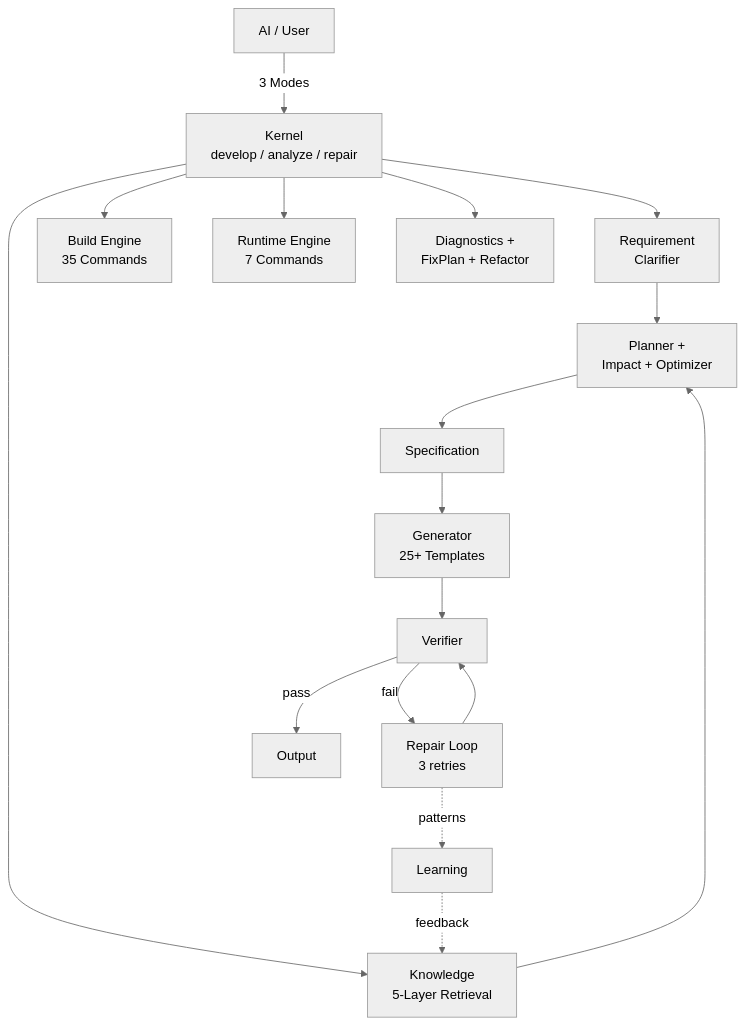
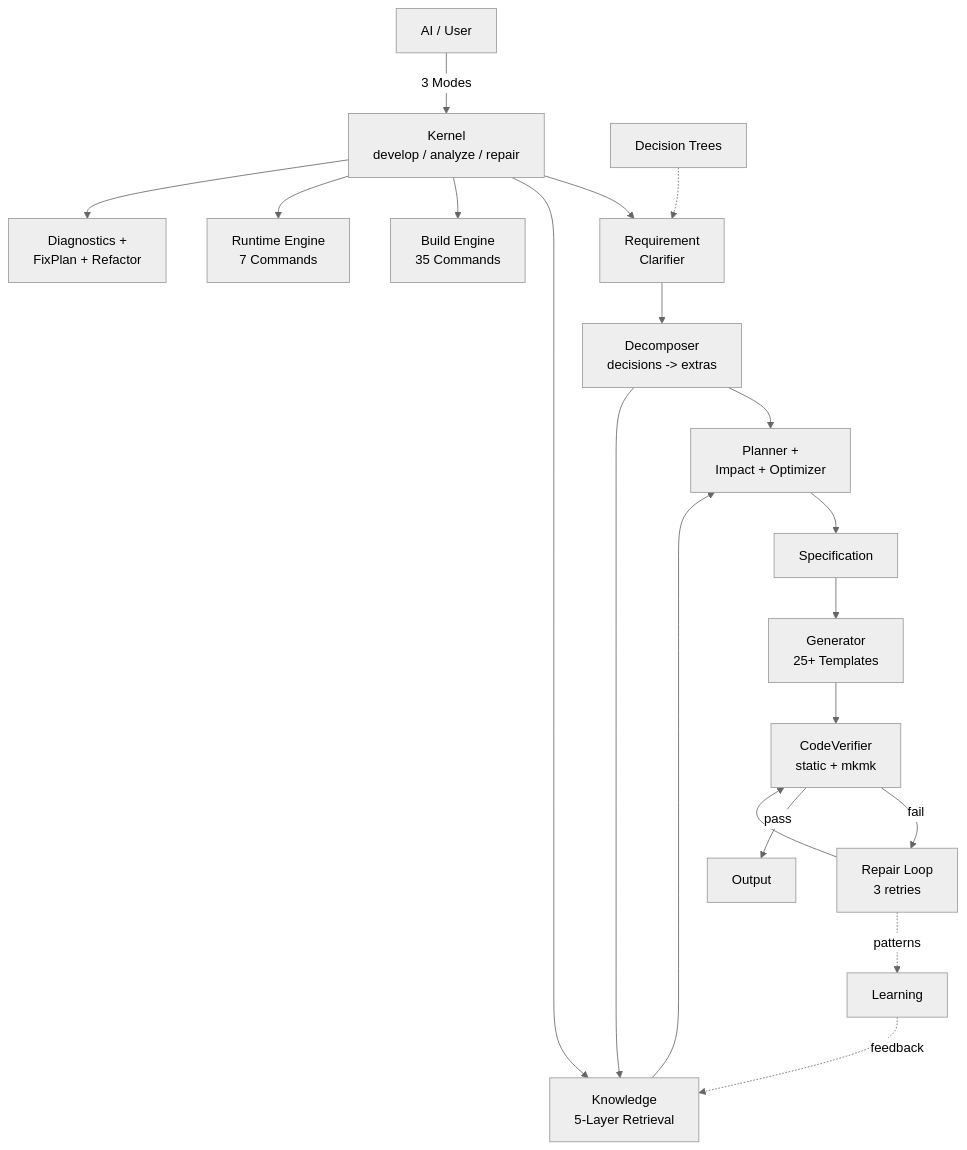
The diagram in README.md (chenlei-gh/CADE), drawn with Mermaid (neutral theme) before and after one commit. The commit also changed 1 other file, not shown here.

Commit message:
Update architecture diagrams: add Decomposer, Decision Trees, CodeVerifier
README mermaid: +Decomposer node, +Decision Trees, Verifier->CodeVerifier
SKILL.md text diagram: Clarify->Decompose flow, CodeVerifier->Repair

````diff
--- a/README.md
+++ b/README.md
@@ -293,22 +293,25 @@
 ```mermaid
 graph TD
     U[AI / User] -->|3 Modes| K[Kernel<br/>develop / analyze / repair]
     K --> R[Requirement<br/>Clarifier]
-    R --> I[Planner +<br/>Impact + Optimizer]
+    D[Decision Trees] -.-> R
+    R --> E[Decomposer<br/>decisions -> extras]
+    E --> I[Planner +<br/>Impact + Optimizer]
+    E --> Q[Knowledge<br/>5-Layer Retrieval]
     I --> S[Specification]
     S --> G[Generator<br/>25+ Templates]
-    G --> V[Verifier]
+    G --> V[CodeVerifier<br/>static + mkmk]
     V -->|fail| P[Repair Loop<br/>3 retries]
     P --> V
     V -->|pass| O[Output]
 
-    K --> Q[Knowledge<br/>5-Layer Retrieval]
+    K --> Q
     Q --> I
 
     K --> B[Build Engine<br/>35 Commands]
     K --> X[Runtime Engine<br/>7 Commands]
     K --> Z[Diagnostics +<br/>FixPlan + Refactor]
 
     L[Learning] -.->|feedback| Q
     P -.->|patterns| L
 ```
````
